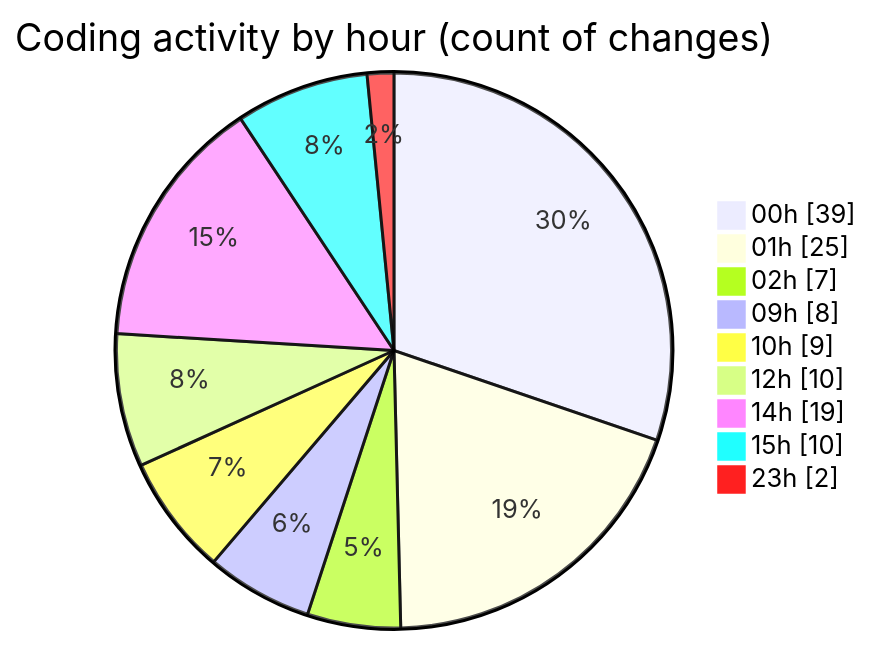
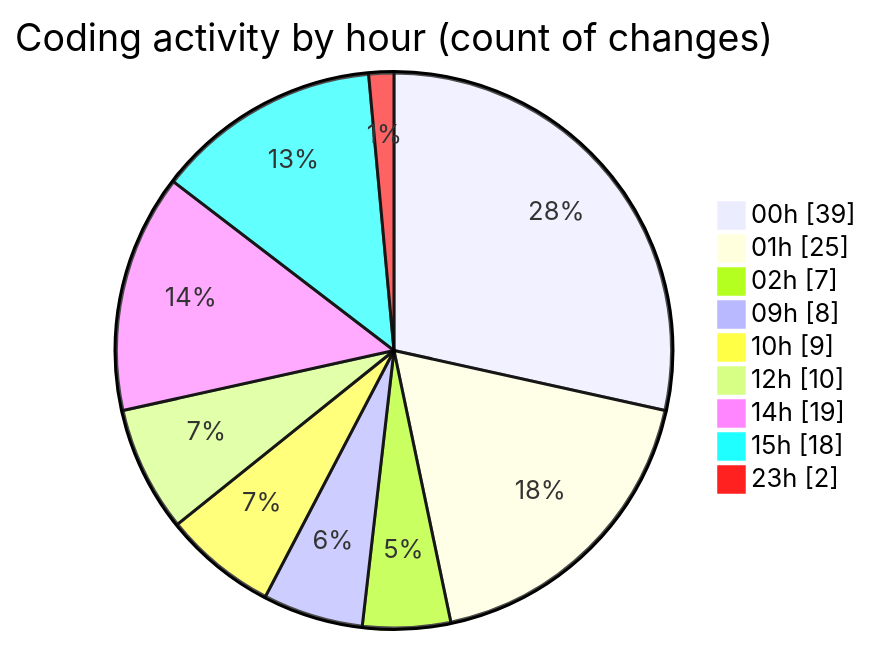
Before and after one commit to julien-gomy/code-tracking: the second of 2 diagrams in 2025-10-10/eventscop-frontend-guide__workspace_/README.md, drawn with Mermaid. The commit also changed other lines of this file and 1 other file, not shown here.

````diff
--- a/2025-10-10/eventscop-frontend-guide__workspace_/README.md
+++ b/2025-10-10/eventscop-frontend-guide__workspace_/README.md
@@ -48,13 +49,13 @@
 ```mermaid
 pie showData
 title Coding activity by hour (count of changes)
 "00h" : 39
 "01h" : 25
 "02h" : 7
 "09h" : 8
 "10h" : 9
 "12h" : 10
 "14h" : 19
-"15h" : 10
+"15h" : 18
 "23h" : 2
 ```
````
